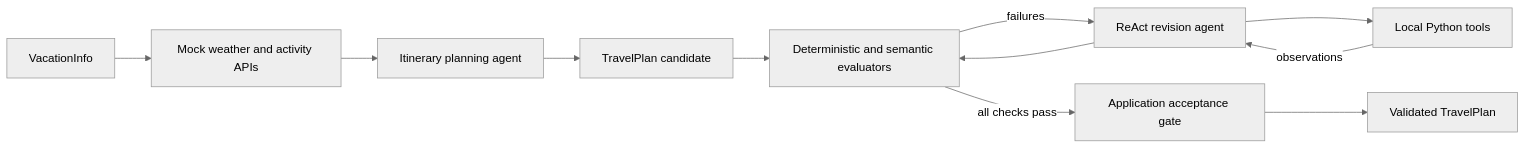
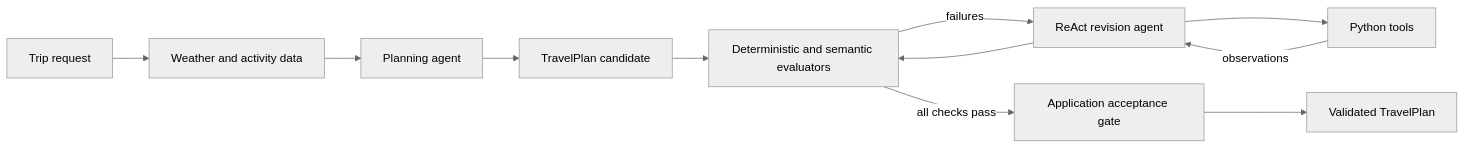
Before and after one commit to trzhang-ai/travel-planning-agent: the diagram in README.md, drawn with Mermaid (neutral theme). The commit also changed other lines of this file and 5 other files, not shown here.

````diff
--- a/README.md
+++ b/README.md
@@ -42,13 +30,13 @@
 ```mermaid
 flowchart LR
-    A[VacationInfo] --> B[Mock weather and activity APIs]
-    B --> C[Itinerary planning agent]
+    A[Trip request] --> B[Weather and activity data]
+    B --> C[Planning agent]
     C --> D[TravelPlan candidate]
     D --> E[Deterministic and semantic evaluators]
     E -->|failures| F[ReAct revision agent]
-    F --> G[Local Python tools]
+    F --> G[Python tools]
     G -->|observations| F
     F --> E
     E -->|all checks pass| H[Application acceptance gate]
     H --> I[Validated TravelPlan]
 ```
````
